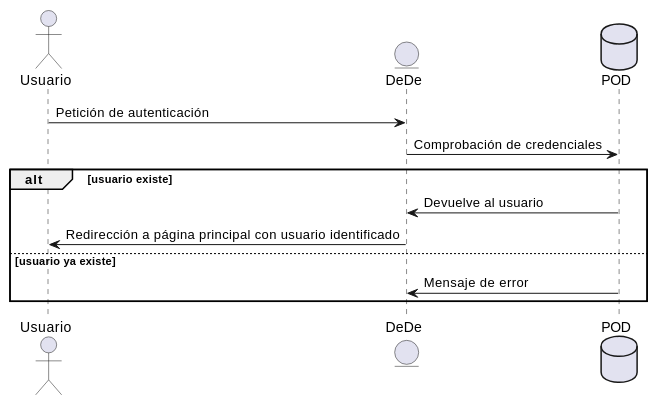
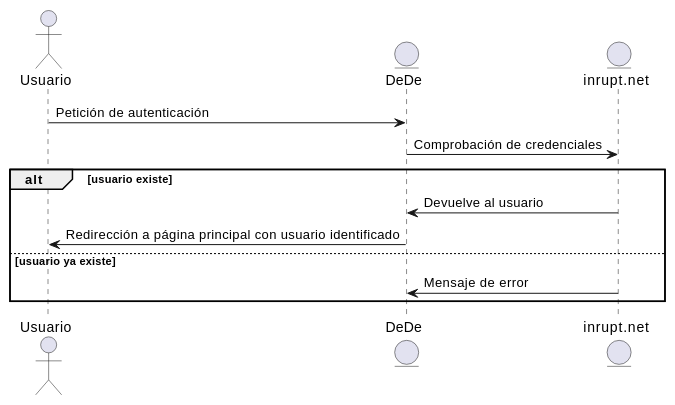
The first of 4 diagrams in docs/06_runtime_view.adoc (Arquisoft/dede_es1c), drawn with PlantUML before and after one commit. The commit also changed other lines of this file, not shown here.

```diff
--- a/docs/06_runtime_view.adoc
+++ b/docs/06_runtime_view.adoc
@@ -8,18 +8,18 @@
 [plantuml,"Login_diagrama",png]
 ----
 @startuml
 actor Usuario 
 entity DeDe
-database POD
+entity inrupt.net
 Usuario-> DeDe: Petición de autenticación
-DeDe-> POD: Comprobación de credenciales
+DeDe-> inrupt.net: Comprobación de credenciales
 alt usuario existe
 
-    POD -> DeDe:Devuelve al usuario
+    inrupt.net -> DeDe:Devuelve al usuario
     DeDe->Usuario:Redirección a página principal con usuario identificado 
 
 else usuario ya existe
-    POD -> DeDe: Mensaje de error
+    inrupt.net -> DeDe: Mensaje de error
 end
 @enduml
 ----
```
